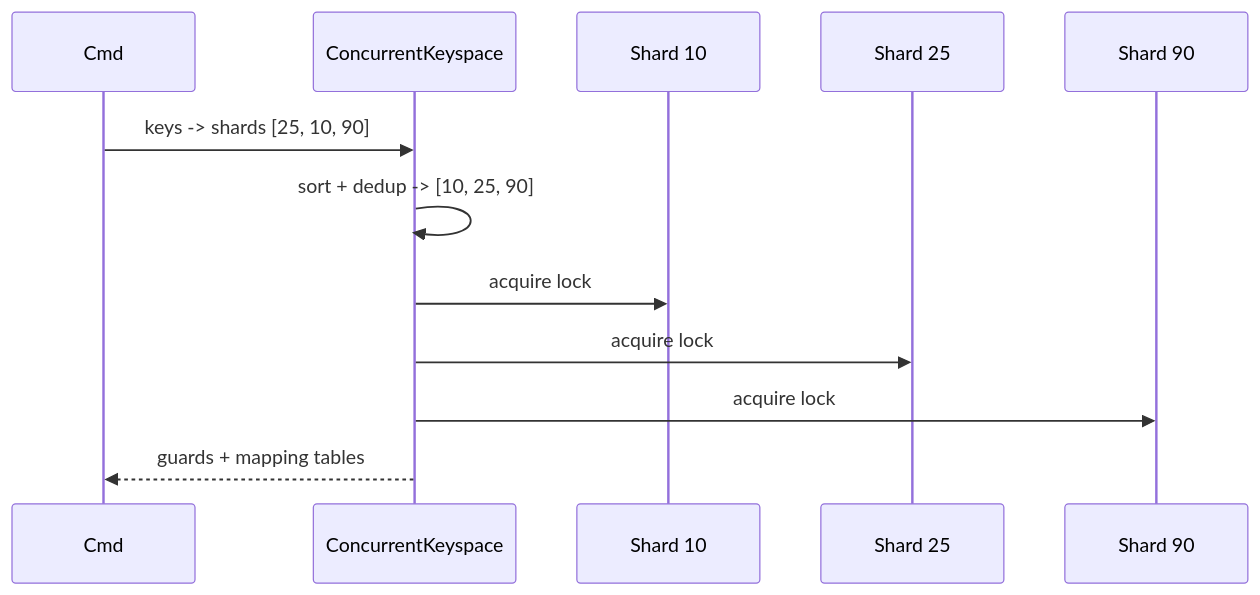
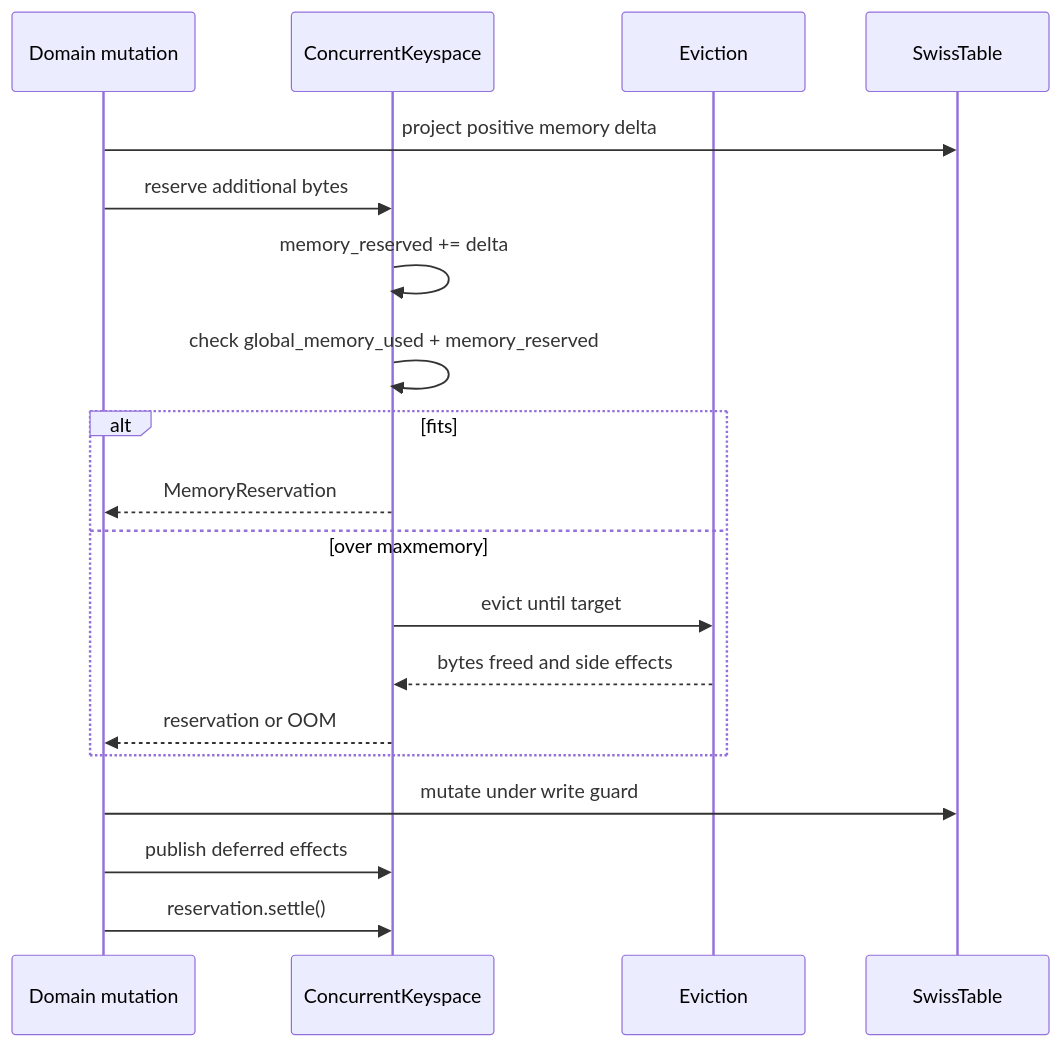
The third of 3 diagrams in crates/vortex-engine/docs/02-concurrent-keyspace.md (kevincaicedo/vortex), drawn with Mermaid before and after one commit. The commit also changed other lines of this file and 18 other files, not shown here.

````diff
--- a/crates/vortex-engine/docs/02-concurrent-keyspace.md
+++ b/crates/vortex-engine/docs/02-concurrent-keyspace.md
@@ -163,15 +138,22 @@
 ```mermaid
 sequenceDiagram
-    participant Cmd
+    participant Cmd as Domain mutation
     participant KS as ConcurrentKeyspace
-    participant S10 as Shard 10
-    participant S25 as Shard 25
-    participant S90 as Shard 90
+    participant Ev as Eviction
+    participant Table as SwissTable
 
-    Cmd->>KS: keys -> shards [25, 10, 90]
-    KS->>KS: sort + dedup -> [10, 25, 90]
-    KS->>S10: acquire lock
-    KS->>S25: acquire lock
-    KS->>S90: acquire lock
-    KS-->>Cmd: guards + mapping tables
+    Cmd->>Table: project positive memory delta
+    Cmd->>KS: reserve additional bytes
+    KS->>KS: memory_reserved += delta
+    KS->>KS: check global_memory_used + memory_reserved
+    alt fits
+        KS-->>Cmd: MemoryReservation
+    else over maxmemory
+        KS->>Ev: evict until target
+        Ev-->>KS: bytes freed and side effects
+        KS-->>Cmd: reservation or OOM
+    end
+    Cmd->>Table: mutate under write guard
+    Cmd->>KS: publish deferred effects
+    Cmd->>KS: reservation.settle()
 ```
````
